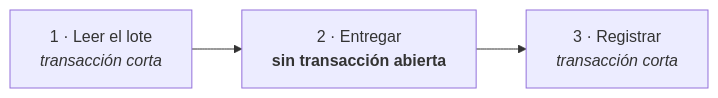
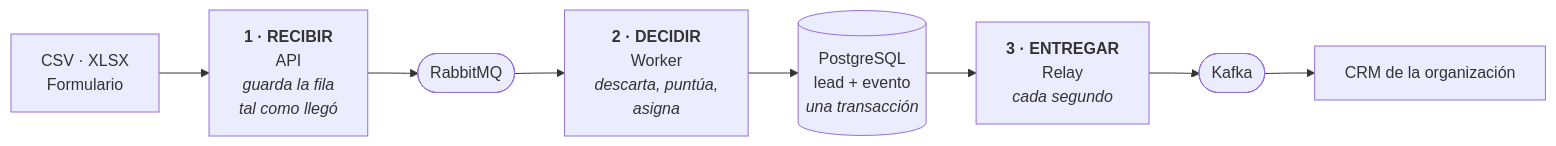
The seventh of 11 diagrams in .slides-events/slides.md (MDCIrony/leads-hexa), drawn with Mermaid before and after one commit. The commit also changed other lines of this file, not shown here.

````diff
--- a/.slides-events/slides.md
+++ b/.slides-events/slides.md
@@ -430,5 +355,10 @@
-```mermaid {scale: 0.72}
+```mermaid {scale: 0.6}
 flowchart LR
-    T1["1 · Leer el lote<br/><i>transacción corta</i>"] --> T2["2 · Entregar<br/><b>sin transacción abierta</b>"]
-    T2 --> T3["3 · Registrar<br/><i>transacción corta</i>"]
+    F["CSV · XLSX<br/>Formulario"] --> API["<b>1 · RECIBIR</b><br/>API<br/><i>guarda la fila<br/>tal como llegó</i>"]
+    API --> RMQ(["RabbitMQ"])
+    RMQ --> W["<b>2 · DECIDIR</b><br/>Worker<br/><i>descarta, puntúa,<br/>asigna</i>"]
+    W --> DB[("PostgreSQL<br/>lead + evento<br/><i>una transacción</i>")]
+    DB --> RE["<b>3 · ENTREGAR</b><br/>Relay<br/><i>cada segundo</i>"]
+    RE --> K(["Kafka"])
+    K --> C["CRM de la organización"]
 ```
````
